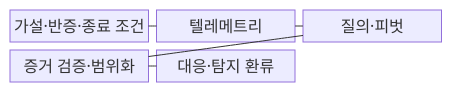
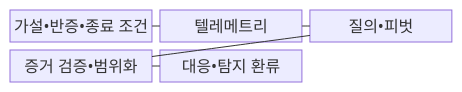
One commit to agnusdei1207/knowledge-base changed the first of 2 diagrams in src/content/docs/notes/05-security/030_threat_hunting.md. Above: the diagram before and after it, drawn with Mermaid. The commit also changed other lines of this file and 953 other files, not shown here.

````diff
--- a/src/content/docs/notes/05-security/030_threat_hunting.md
+++ b/src/content/docs/notes/05-security/030_threat_hunting.md
@@ -67,13 +67,13 @@
 ```mermaid
 block-beta
     columns 3
-    A["가설·반증·종료 조건"]
+    A["가설•반증•종료 조건"]
     B["텔레메트리"]
-    C["질의·피벗"]
-    D["증거 검증·범위화"]
-    E["대응·탐지 환류"]
+    C["질의•피벗"]
+    D["증거 검증•범위화"]
+    E["대응•탐지 환류"]
     A --- B
     B --- C
     C --- D
     D --- E
 ```
````
